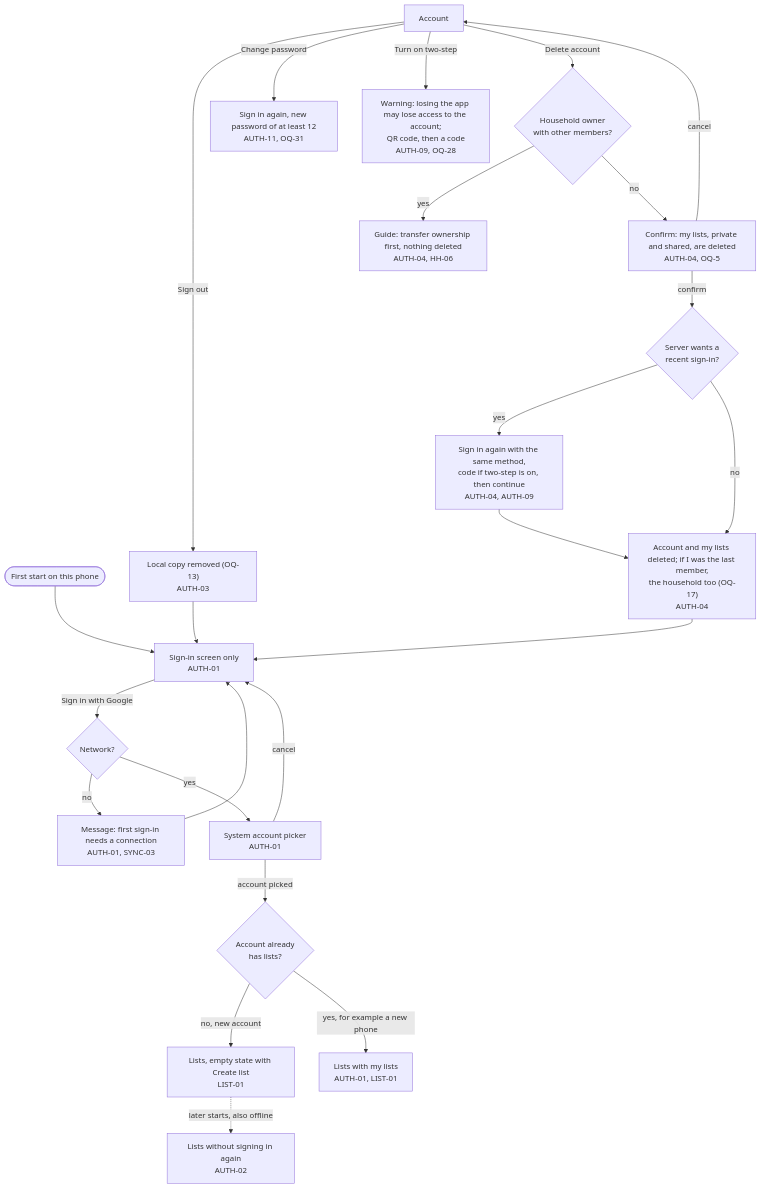
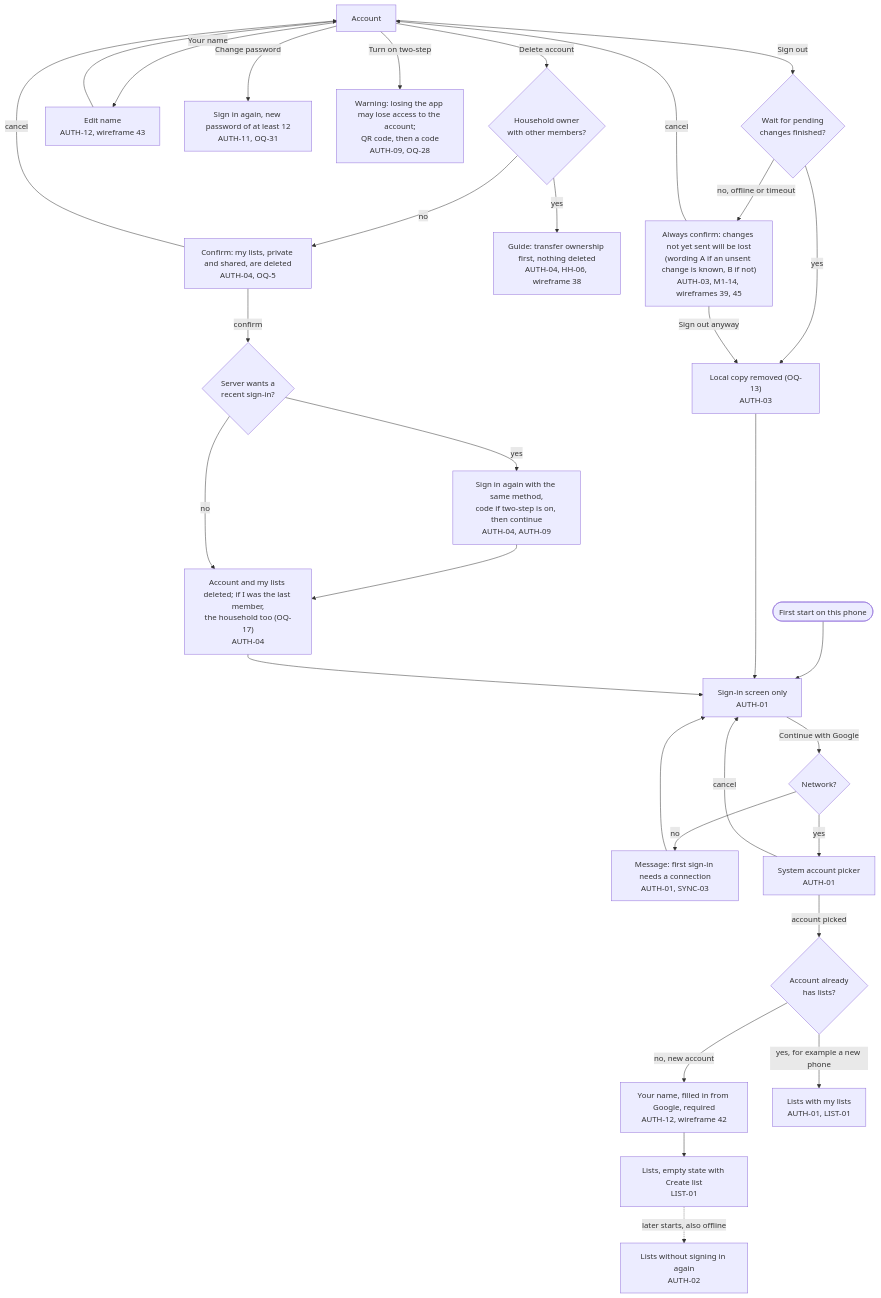
One commit to bondo/listicles2 changed the second of 11 diagrams in docs/product/flow.md. Above: the diagram before and after it, drawn with Mermaid. The commit also changed other lines of this file and 37 other files, not shown here.

First line of the commit message:
docs: M1 UI wording and wireframes 34-45 (name at sign-up, Continue with Google, dialogs) (#220)

````diff
--- a/docs/product/flow.md
+++ b/docs/product/flow.md
@@ -60,22 +64,27 @@
 ```mermaid
 flowchart TD
     open(["First start on this phone"]) --> si["Sign-in screen only<br>AUTH-01"]
-    si -- "Sign in with Google" --> net{"Network?"}
+    si -- "Continue with Google" --> net{"Network?"}
     net -- "no" --> nonet["Message: first sign-in needs a connection<br>AUTH-01, SYNC-03"] --> si
     net -- "yes" --> picker["System account picker<br>AUTH-01"]
     picker -- "cancel" --> si
     picker -- "account picked" --> known{"Account already<br>has lists?"}
-    known -- "no, new account" --> home["Lists, empty state with Create list<br>LIST-01"]
+    known -- "no, new account" --> nm["Your name, filled in from Google, required<br>AUTH-12, wireframe 42"] --> home["Lists, empty state with Create list<br>LIST-01"]
     known -- "yes, for example a new phone" --> mine["Lists with my lists<br>AUTH-01, LIST-01"]
     home -. "later starts, also offline" .-> home2["Lists without signing in again<br>AUTH-02"]
-    acc["Account"] -- "Sign out" --> wipe["Local copy removed (OQ-13)<br>AUTH-03"] --> si
+    acc["Account"] -- "Sign out" --> unsent{"Wait for pending<br>changes finished?"}
+    unsent -- "yes" --> wipe["Local copy removed (OQ-13)<br>AUTH-03"] --> si
+    unsent -- "no, offline or timeout" --> unc["Always confirm: changes not yet sent will be lost<br>(wording A if an unsent change is known, B if not)<br>AUTH-03, M1-14, wireframes 39, 45"]
+    unc -- "cancel" --> acc
+    unc -- "Sign out anyway" --> wipe
+    acc -- "Your name" --> ename["Edit name<br>AUTH-12, wireframe 43"] --> acc
     acc -- "Change password" --> chpw["Sign in again, new password of at least 12<br>AUTH-11, OQ-31"]
     acc -- "Turn on two-step" --> warn["Warning: losing the app may lose access to the account;<br>QR code, then a code<br>AUTH-09, OQ-28"]
     acc -- "Delete account" --> owner{"Household owner<br>with other members?"}
-    owner -- "yes" --> transfer["Guide: transfer ownership first, nothing deleted<br>AUTH-04, HH-06"]
+    owner -- "yes" --> transfer["Guide: transfer ownership first, nothing deleted<br>AUTH-04, HH-06, wireframe 38"]
     owner -- "no" --> confirm["Confirm: my lists, private and shared, are deleted<br>AUTH-04, OQ-5"]
     confirm -- "cancel" --> acc
     confirm -- "confirm" --> reauth{"Server wants a<br>recent sign-in?"}
     reauth -- "yes" --> again["Sign in again with the same method,<br>code if two-step is on, then continue<br>AUTH-04, AUTH-09"] --> gone
     reauth -- "no" --> gone["Account and my lists deleted; if I was the last member,<br>the household too (OQ-17)<br>AUTH-04"] --> si
 ```
````
